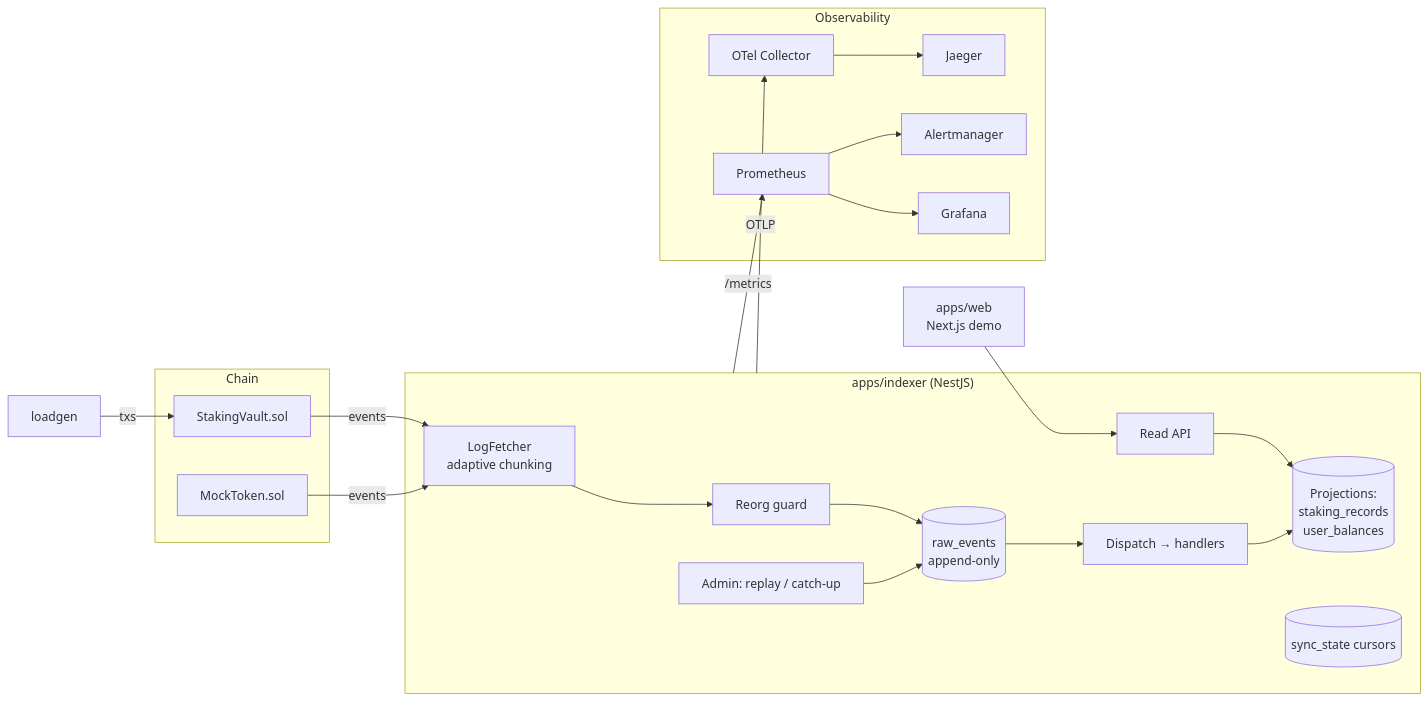
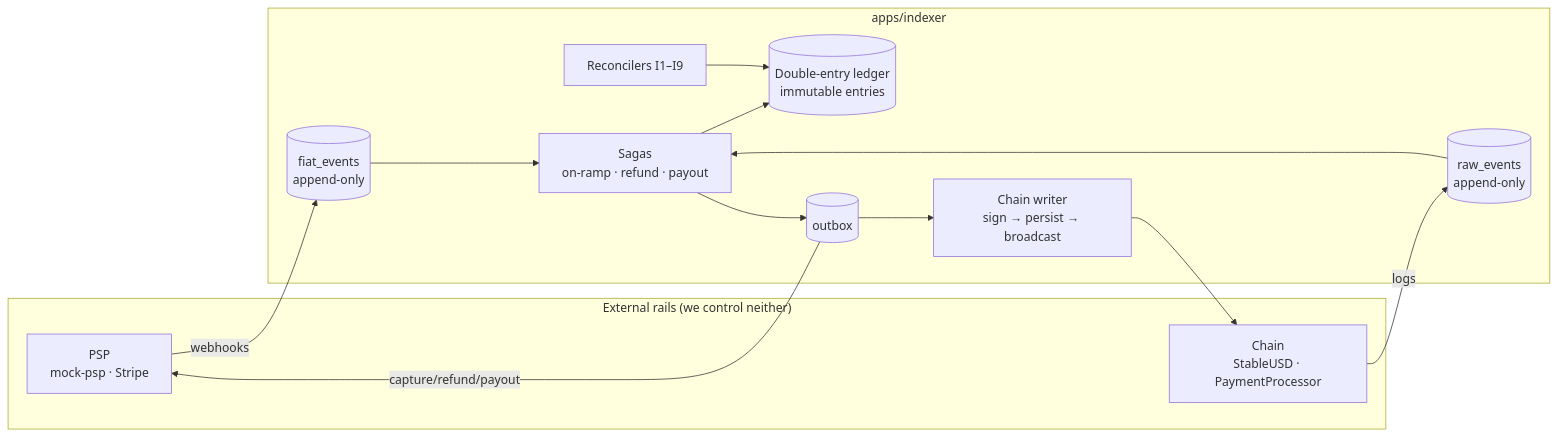
One commit to roudra323/Ledgerline changed the diagram in README.md. Above: the diagram before and after it, drawn with Mermaid. The commit also changed other lines of this file and 115 other files, not shown here.

````diff
--- a/README.md
+++ b/README.md
@@ -28,28 +44,23 @@
 ```mermaid
 flowchart LR
-    subgraph Chain
-      V[StakingVault.sol]
-      T[MockToken.sol]
+    subgraph rails["External rails (we control neither)"]
+      PSP["PSP<br/>mock-psp · Stripe"]
+      CH["Chain<br/>StableUSD · PaymentProcessor"]
     end
-    subgraph Indexer["apps/indexer (NestJS)"]
-      LF[LogFetcher<br/>adaptive chunking] --> RG[Reorg guard]
-      RG --> RE[(raw_events<br/>append-only)]
-      RE --> DP[Dispatch → handlers]
-      DP --> PR[(Projections:<br/>staking_records<br/>user_balances)]
-      SS[(sync_state cursors)]
-      API[Read API] --> PR
-      ADM[Admin: replay / catch-up] --> RE
+    subgraph app["apps/indexer"]
+      FE[("fiat_events<br/>append-only")]
+      RE[("raw_events<br/>append-only")]
+      SG["Sagas<br/>on-ramp · refund · payout"]
+      LD[("Double-entry ledger<br/>immutable entries")]
+      OB[("outbox")]
+      SUB["Chain writer<br/>sign → persist → broadcast"]
+      RC["Reconcilers I1–I9"]
     end
-    subgraph Obs["Observability"]
-      PM[Prometheus] --> GR[Grafana]
-      OT[OTel Collector] --> JG[Jaeger]
-      AM[Alertmanager]
-    end
-    V -- events --> LF
-    T -- events --> LF
-    Indexer -- /metrics --> PM
-    Indexer -- OTLP --> OT
-    PM --> AM
-    WEB[apps/web<br/>Next.js demo] --> API
-    LG[loadgen] -- txs --> V
+    PSP -- webhooks --> FE --> SG
+    CH -- logs --> RE --> SG
+    SG --> LD
+    SG --> OB
+    OB --> SUB --> CH
+    OB -- capture/refund/payout --> PSP
+    RC --> LD
 ```
````
